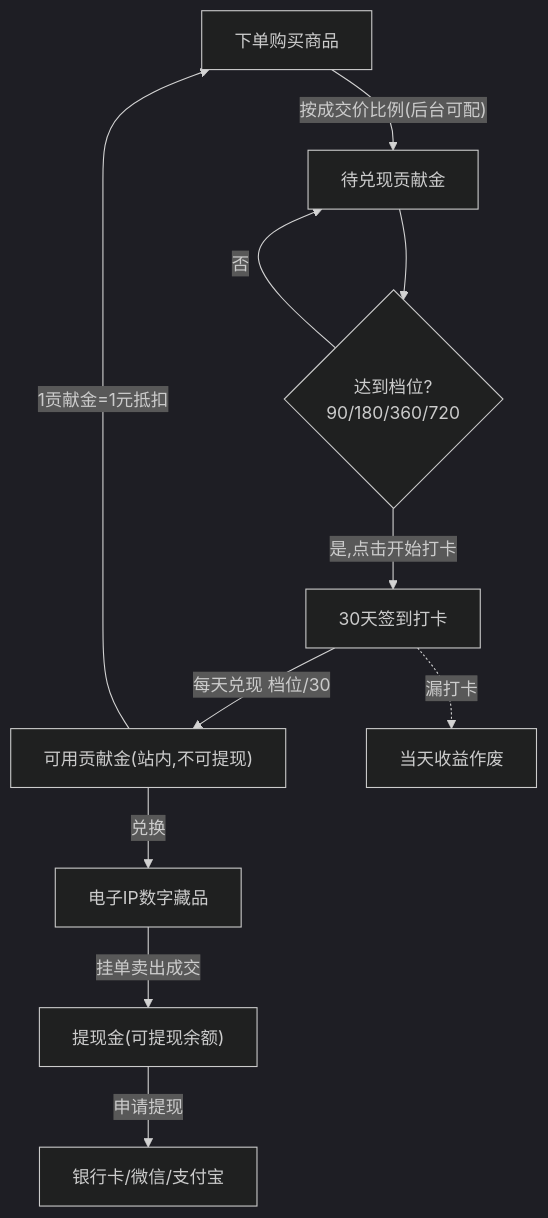
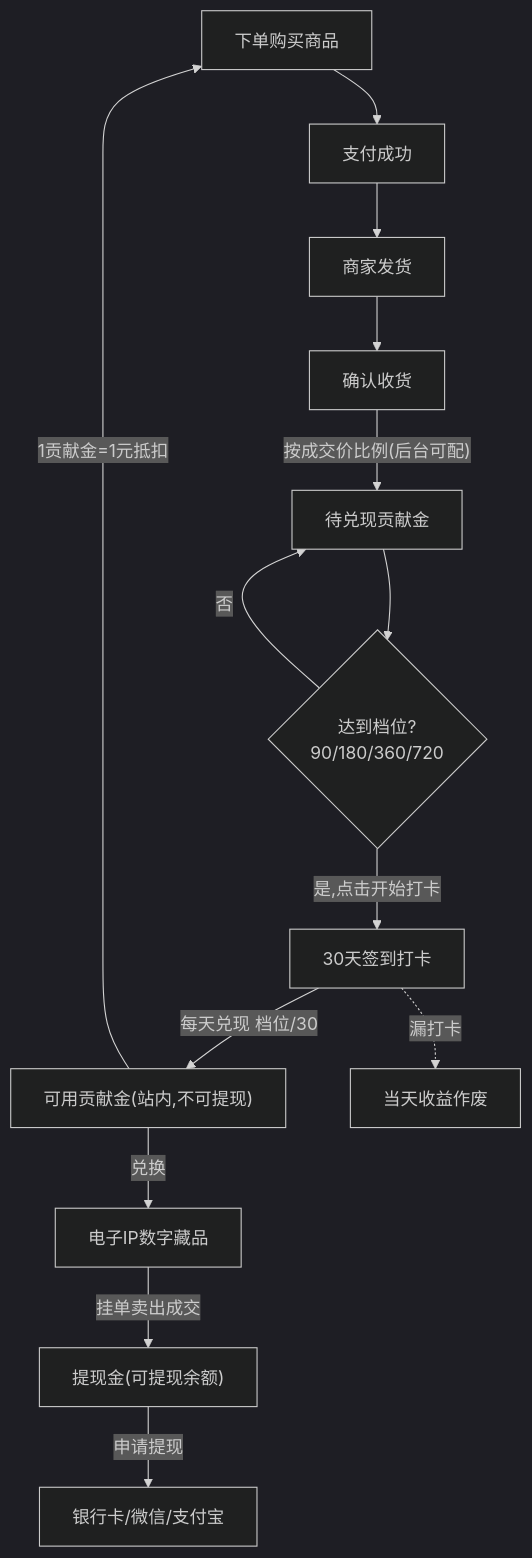
The first of 5 diagrams in docs/产品页面清单与功能拆解.md (Div-student/shareMall), drawn with Mermaid (dark theme) before and after one commit. The commit also changed other lines of this file and 44 other files, not shown here.

````diff
--- a/docs/产品页面清单与功能拆解.md
+++ b/docs/产品页面清单与功能拆解.md
@@ -19,13 +19,16 @@
 ```mermaid
 flowchart TD
-    Buy["下单购买商品"] -->|"按成交价比例(后台可配)"| Accrue["待兑现贡献金"]
+    Buy["下单购买商品"] --> Pay["支付成功"]
+    Pay --> Ship["商家发货"]
+    Ship --> Receive["确认收货"]
+    Receive -->|"按成交价比例(后台可配)"| Accrue["待兑现贡献金"]
     Accrue --> Tier{"达到档位?<br/>90/180/360/720"}
     Tier -->|"是,点击开始打卡"| CheckIn["30天签到打卡"]
     Tier -->|"否"| Accrue
     CheckIn -->|"每天兑现 档位/30"| Avail["可用贡献金(站内,不可提现)"]
     CheckIn -.->|"漏打卡"| Lose["当天收益作废"]
     Avail -->|"1贡献金=1元抵扣"| Buy
     Avail -->|"兑换"| IP["电子IP数字藏品"]
     IP -->|"挂单卖出成交"| Cash["提现金(可提现余额)"]
     Cash -->|"申请提现"| Bank["银行卡/微信/支付宝"]
 ```
````
